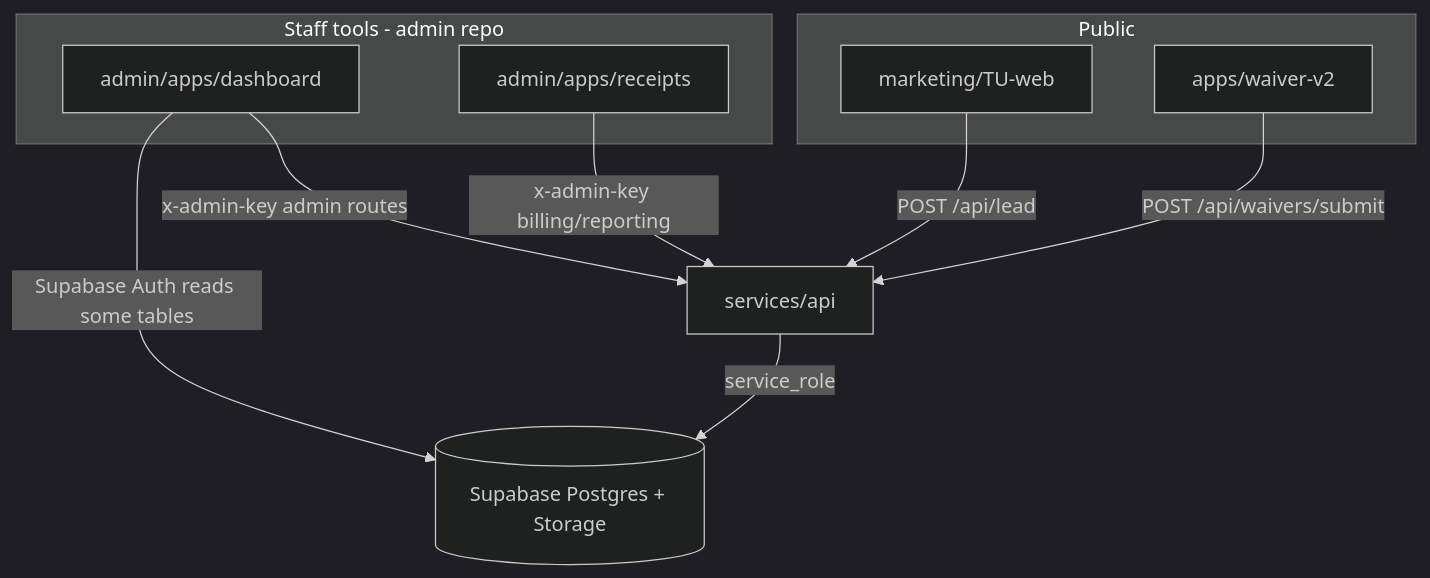
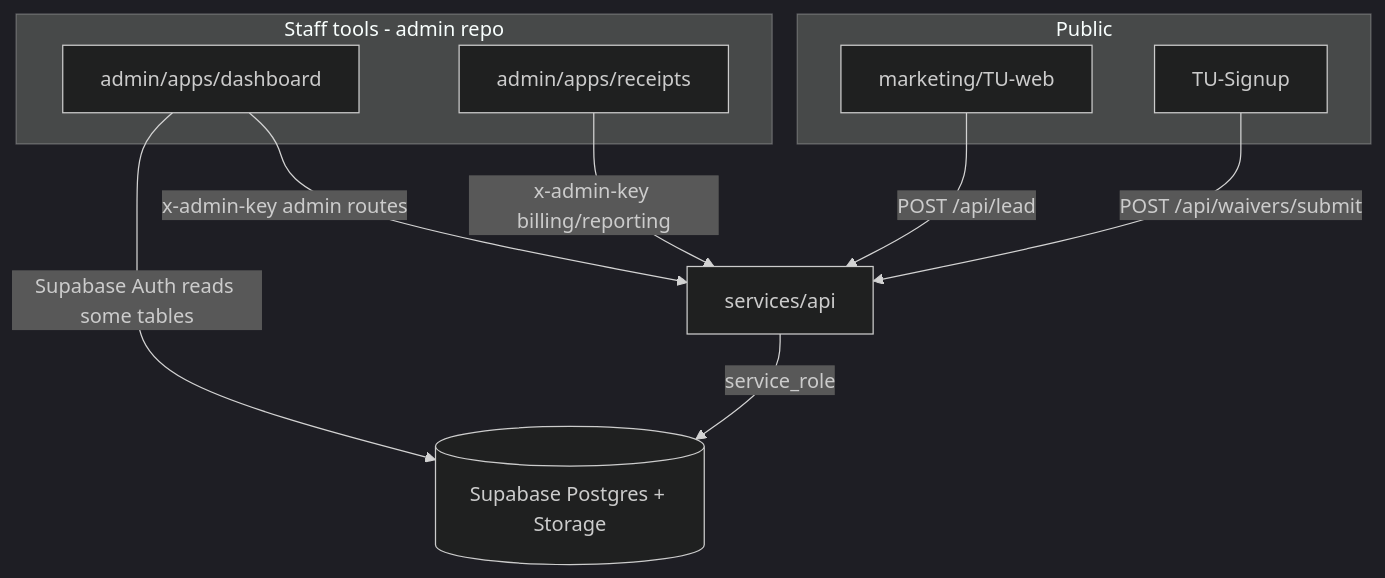
The diagram in docs/api-capability-audit.md (palthol/TU-api), drawn with Mermaid (dark theme) before and after one commit. The commit also changed other lines of this file and 59 other files, not shown here.

````diff
--- a/docs/api-capability-audit.md
+++ b/docs/api-capability-audit.md
@@ -34,20 +34,20 @@
 ```mermaid
 flowchart TB
   subgraph public [Public]
     Marketing[marketing/TU-web]
-    Waiver[apps/waiver-v2]
+    Waiver[TU-Signup]
   end
   subgraph staff [Staff tools - admin repo]
     Dashboard[admin/apps/dashboard]
     Receipts[admin/apps/receipts]
   end
   API[services/api]
   DB[(Supabase Postgres + Storage)]
 
   Marketing -->|POST /api/lead| API
   Waiver -->|POST /api/waivers/submit| API
   Dashboard -->|x-admin-key admin routes| API
   Dashboard -->|Supabase Auth reads some tables| DB
   Receipts -->|x-admin-key billing/reporting| API
   API -->|service_role| DB
 ```
````
